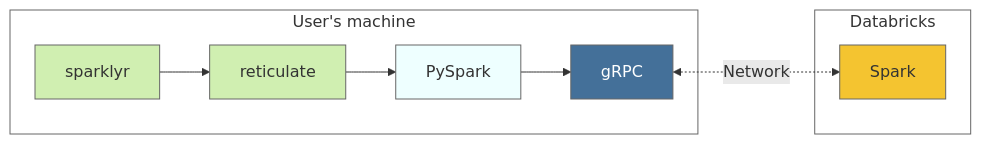
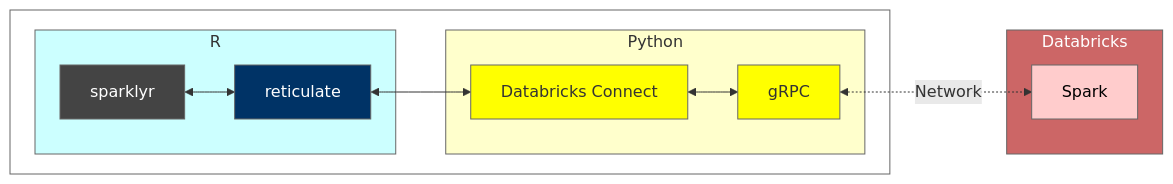
One commit to rstudio/spark.rstudio.com changed the diagram in deployment/databricks-connect.qmd. Above: the diagram before and after it, drawn with Mermaid. The commit also changed other lines of this file and 4 other files, not shown here.

Commit message:
Updates solution diagram, re-renders

````diff
--- a/deployment/databricks-connect.qmd
+++ b/deployment/databricks-connect.qmd
@@ -56,24 +56,31 @@
 ```{mermaid}
+%%| fig-width: 12
 flowchart LR
-  subgraph lp[User's machine]
-    sr[sparklyr]
-    rt[reticulate]
-    ps[PySpark]
-    g1[gRPC]
-  end
+  subgraph lp[test]
+    subgraph r[R]
+      sr[sparklyr]
+      rt[reticulate]
+    end
+    subgraph  ps[Python]
+      dc[Databricks Connect]
+      g1[gRPC]
+    end
+  end   
   subgraph db[Databricks]
     sp[Spark]   
   end
-  sr --> rt
-  rt --> ps
+  sr <--> rt
+  rt <--> dc
   g1 <-. Network .-> sp
-  ps --> g1
+  dc <--> g1
   
-  style sr  fill:#d0efb1,stroke:#666
-  style rt  fill:#d0efb1,stroke:#666
-  style ps  fill:#eff,stroke:#666
-  style lp  fill:#fff,stroke:#666
-  style db  fill:#fff,stroke:#666
-  style sp  fill:#f4c430,stroke:#666
-  style g1  fill:#447099,stroke:#666,color:#fff
+  style r   fill:#cff,stroke:#666
+  style sr  fill:#444,stroke:#666,color:#fff
+  style rt  fill:#036,stroke:#666,color:#fff
+  style ps  fill:#ffc,stroke:#666
+  style lp  fill:#fff,stroke:#666,color:#fff
+  style db  fill:#c66,stroke:#666,color:#fff
+  style sp  fill:#fcc,stroke:#666,color:#000
+  style g1  fill:#ff0,stroke:#666
+  style dc  fill:#ff0,stroke:#666
 ```
````
